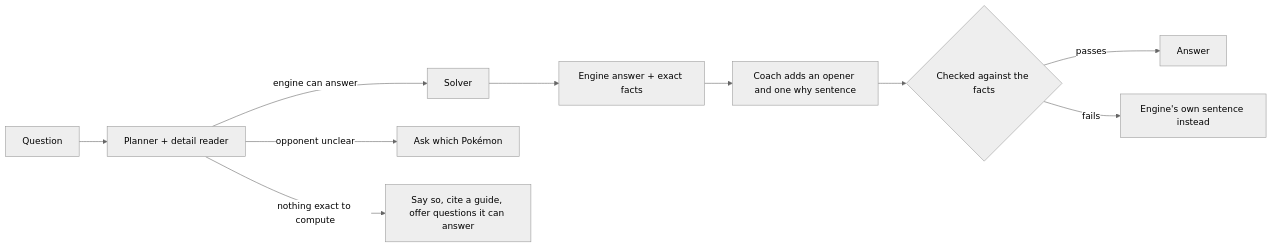
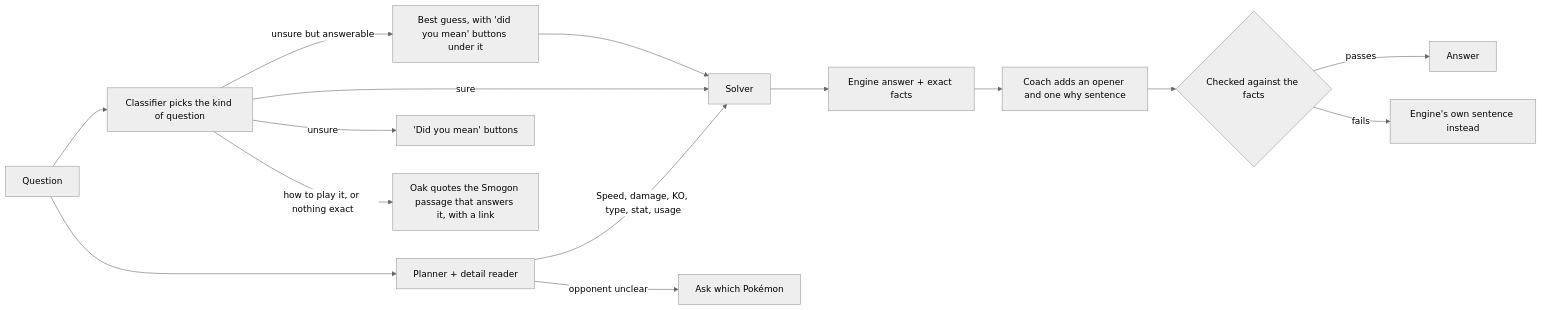
One commit to NamikazeAsh/MetaMatch changed the second of 2 diagrams in README.md. Above: the diagram before and after it, drawn with Mermaid (neutral theme). The commit also changed other lines of this file, not shown here.

Commit message:
Show the question classifier in the README diagrams

````diff
--- a/README.md
+++ b/README.md
@@ -106,12 +119,17 @@
 ```mermaid
 graph LR
     Q["Question"] --> P["Planner + detail reader"]
-    P -->|"engine can answer"| S["Solver"]
+    Q --> K["Classifier picks the kind of question"]
+    P -->|"Speed, damage, KO, type, stat, usage"| S["Solver"]
+    K -->|"sure"| S
+    K -->|"unsure but answerable"| H["Best guess, with 'did you mean' buttons under it"]
+    H --> S
+    K -->|"unsure"| D["'Did you mean' buttons"]
     S --> A["Engine answer + exact facts"]
     A --> V["Coach adds an opener and one why sentence"]
     V --> C{"Checked against the facts"}
     C -->|passes| OUT["Answer"]
     C -->|fails| F["Engine's own sentence instead"]
     P -->|"opponent unclear"| Q2["Ask which Pokémon"]
-    P -->|"nothing exact to compute"| G["Say so, cite a guide, offer questions it can answer"]
+    K -->|"how to play it, or nothing exact"| G["Oak quotes the Smogon passage that answers it, with a link"]
 ```
````
